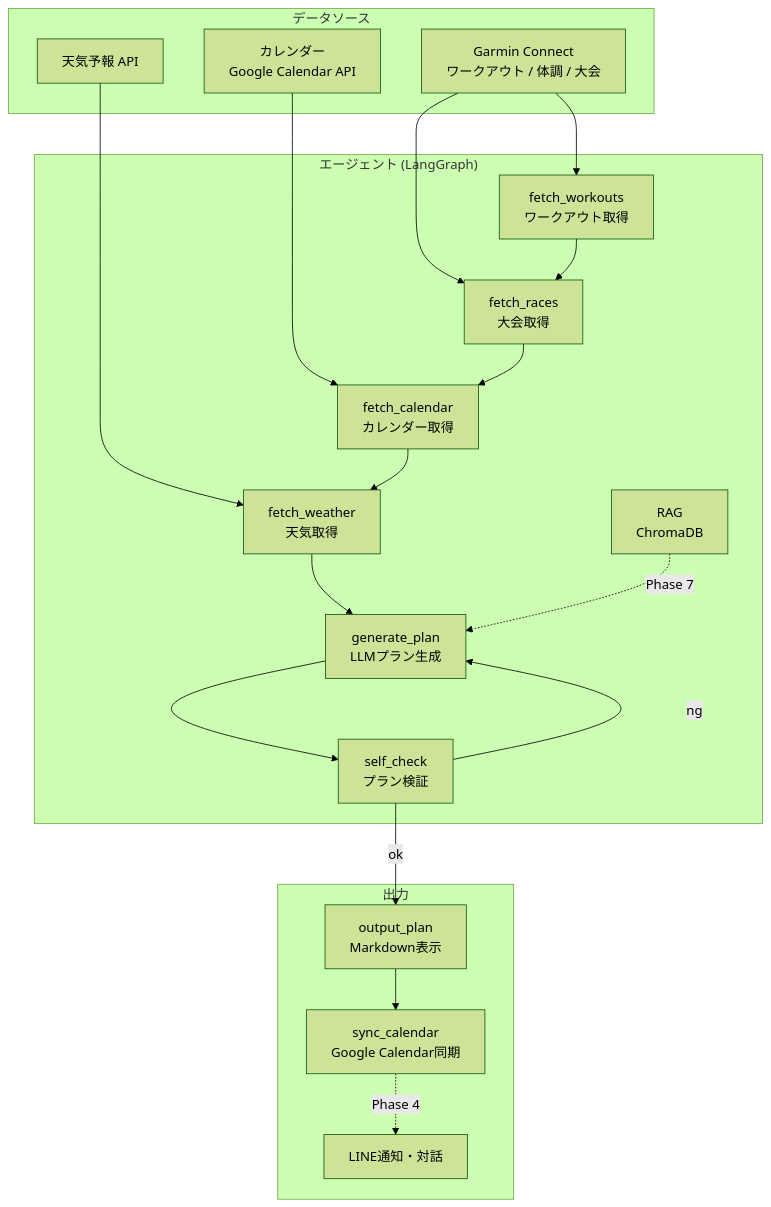
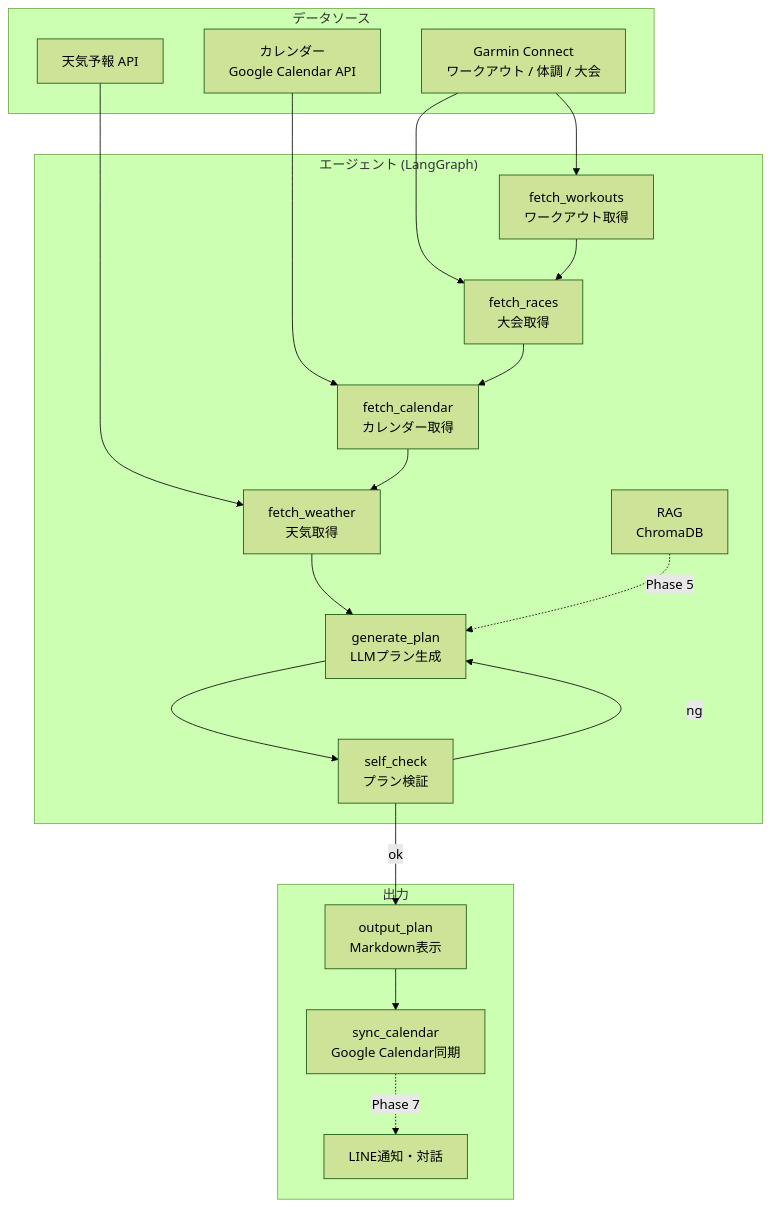
Before and after one commit to fuzztarou/run-coach: the first of 5 diagrams in DESIGN.md, drawn with Mermaid (forest theme). The commit also changed other lines of this file and 4 other files, not shown here.

First line of the commit message:
docs: Phase順序を見直し（データ蓄積→RAG→Cloud Run→LINE）

````diff
--- a/DESIGN.md
+++ b/DESIGN.md
@@ -24,36 +24,36 @@
 ```mermaid
 flowchart TB
     subgraph データソース
         G[Garmin Connect<br>ワークアウト / 体調 / 大会]
         C[カレンダー<br>Google Calendar API]
         W[天気予報 API]
     end
 
     subgraph エージェント["エージェント (LangGraph)"]
         FW[fetch_workouts<br>ワークアウト取得]
         FR[fetch_races<br>大会取得]
         FC[fetch_calendar<br>カレンダー取得]
         FWE[fetch_weather<br>天気取得]
         LLM[generate_plan<br>LLMプラン生成]
         SC[self_check<br>プラン検証]
         RAG[RAG<br>ChromaDB]
     end
 
     subgraph 出力
         MD[output_plan<br>Markdown表示]
         SYNC[sync_calendar<br>Google Calendar同期]
         LINE[LINE通知・対話]
     end
 
     G --> FW
     G --> FR
     C --> FC
     W --> FWE
     FW --> FR --> FC --> FWE --> LLM
     LLM --> SC
     SC -->|ok| MD
     SC -->|ng| LLM
-    RAG -.->|Phase 7| LLM
+    RAG -.->|Phase 5| LLM
     MD --> SYNC
-    SYNC -.->|Phase 4| LINE
+    SYNC -.->|Phase 7| LINE
 ```
````
